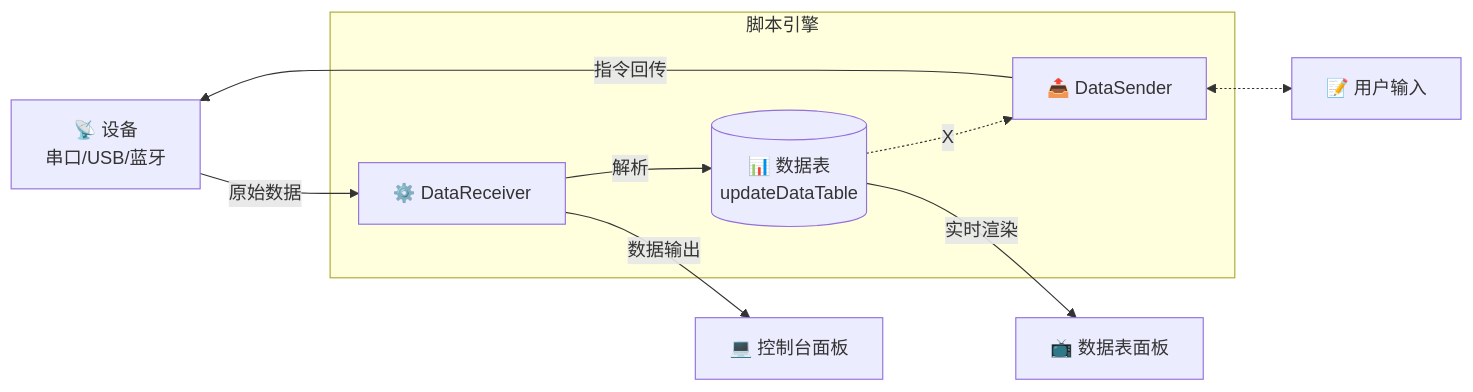
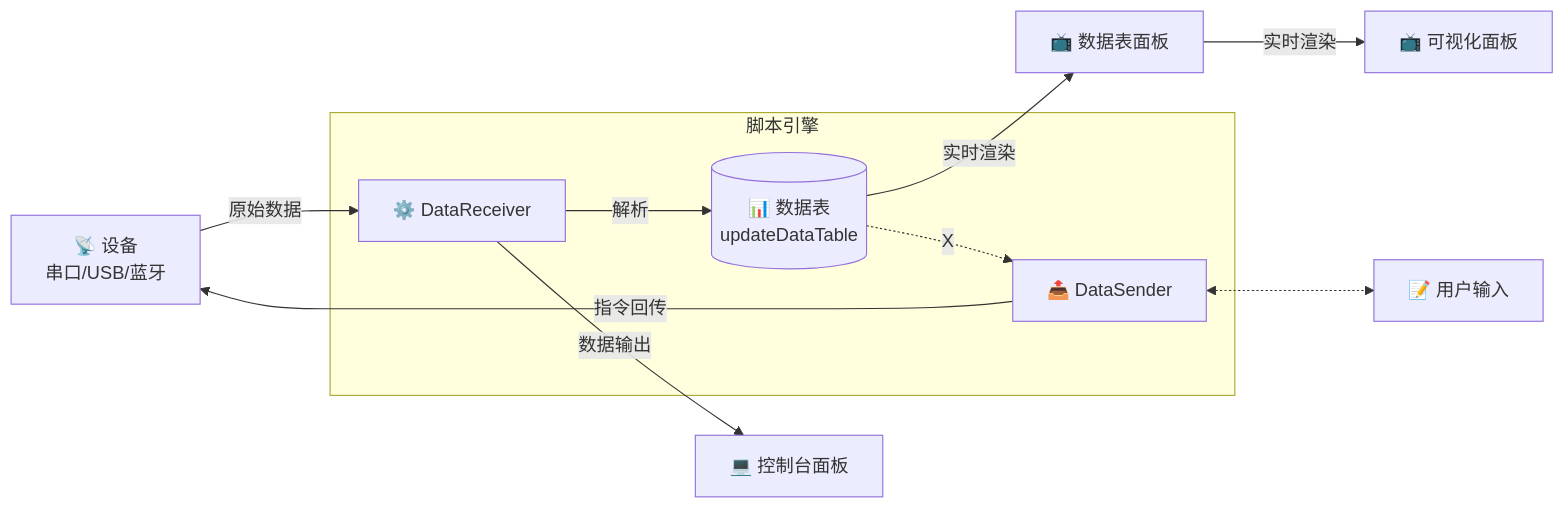
One commit to WangLeGeWang/web-serial-debug changed the diagram in src/components/guide.md. Above: the diagram before and after it, drawn with Mermaid. The commit also changed other lines of this file and 8 other files, not shown here.

````diff
--- a/src/components/guide.md
+++ b/src/components/guide.md
@@ -8,18 +8,19 @@
 ```mermaid
 graph LR
     A[📡 设备<br/>串口/USB/蓝牙] -->|原始数据| B[⚙️ DataReceiver]
     B -->|解析| C[(📊 数据表<br/>updateDataTable)]
     
+    B -->|数据输出| E[💻 控制台面板]
     C -->|实时渲染| D[📺 数据表面板]
-    B -->|数据输出| E[💻 控制台面板]
+    D -->|实时渲染| G[📺 可视化面板]
 
     F[📤 DataSender] -->|指令回传| A
     F <-.-> I[📝 用户输入]
     C -.->|X| F
 
     subgraph 脚本引擎
         B:::ui
         C:::ui
         F:::ui
     end
 ```
````
